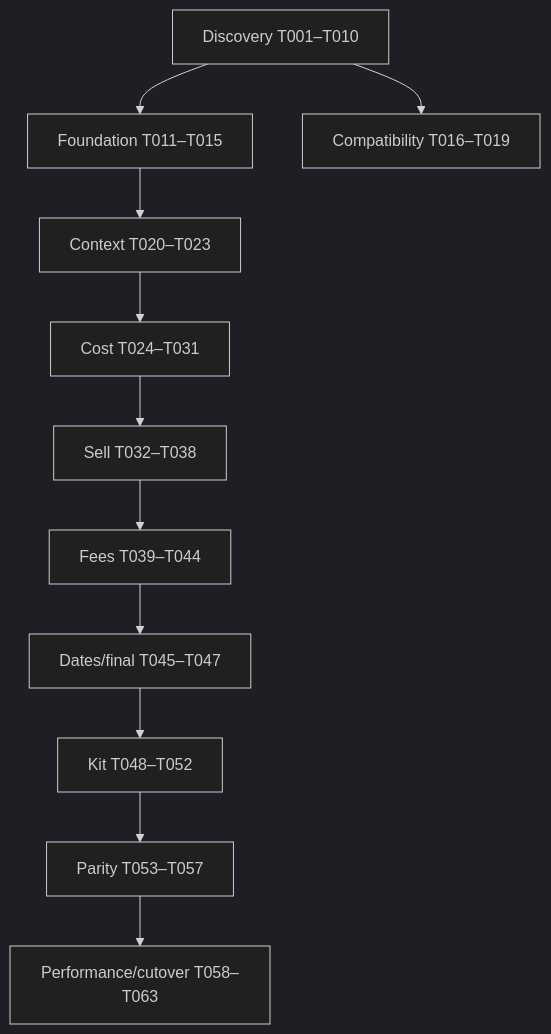
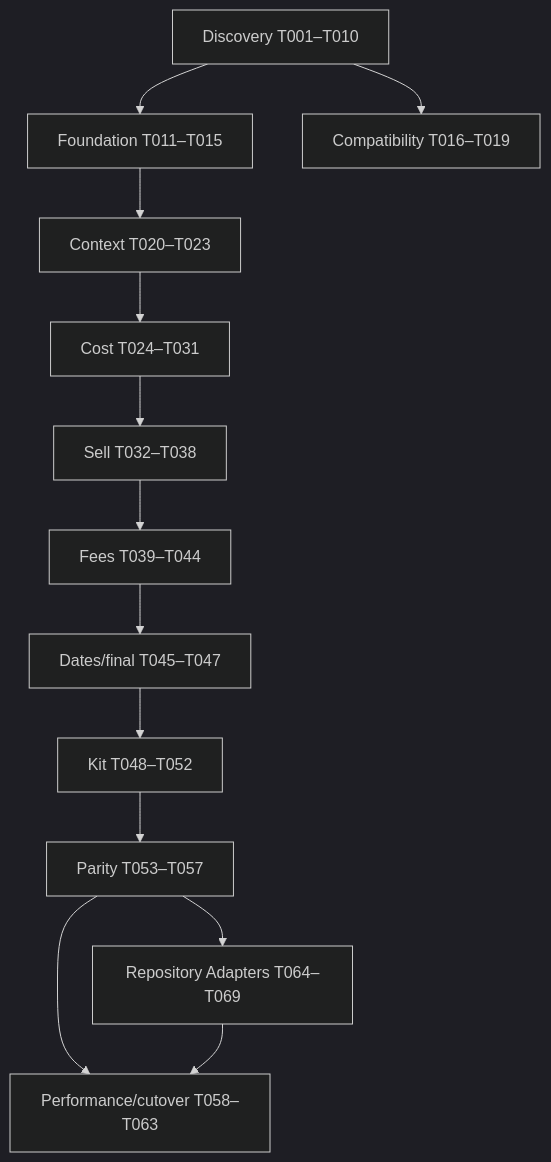
Before and after one commit to aboubacardiaby/omni-pricing-modernization: the diagram in specs/001-cobol-pricing-modernization/tasks.md, drawn with Mermaid (dark theme). The commit also changed other lines of this file and 59 other files, not shown here.

````diff
--- a/specs/001-cobol-pricing-modernization/tasks.md
+++ b/specs/001-cobol-pricing-modernization/tasks.md
@@ -14,13 +14,15 @@
 ```mermaid
 flowchart TD
     D["Discovery T001–T010"] --> F["Foundation T011–T015"]
     D --> C["Compatibility T016–T019"]
     F --> X["Context T020–T023"]
     X --> Cost["Cost T024–T031"]
     Cost --> Sell["Sell T032–T038"]
     Sell --> Fees["Fees T039–T044"]
     Fees --> Final["Dates/final T045–T047"]
     Final --> Kit["Kit T048–T052"]
     Kit --> Parity["Parity T053–T057"]
     Parity --> Cutover["Performance/cutover T058–T063"]
+    Parity --> Repos["Repository Adapters T064–T069"]
+    Repos --> Cutover
 ```
````
